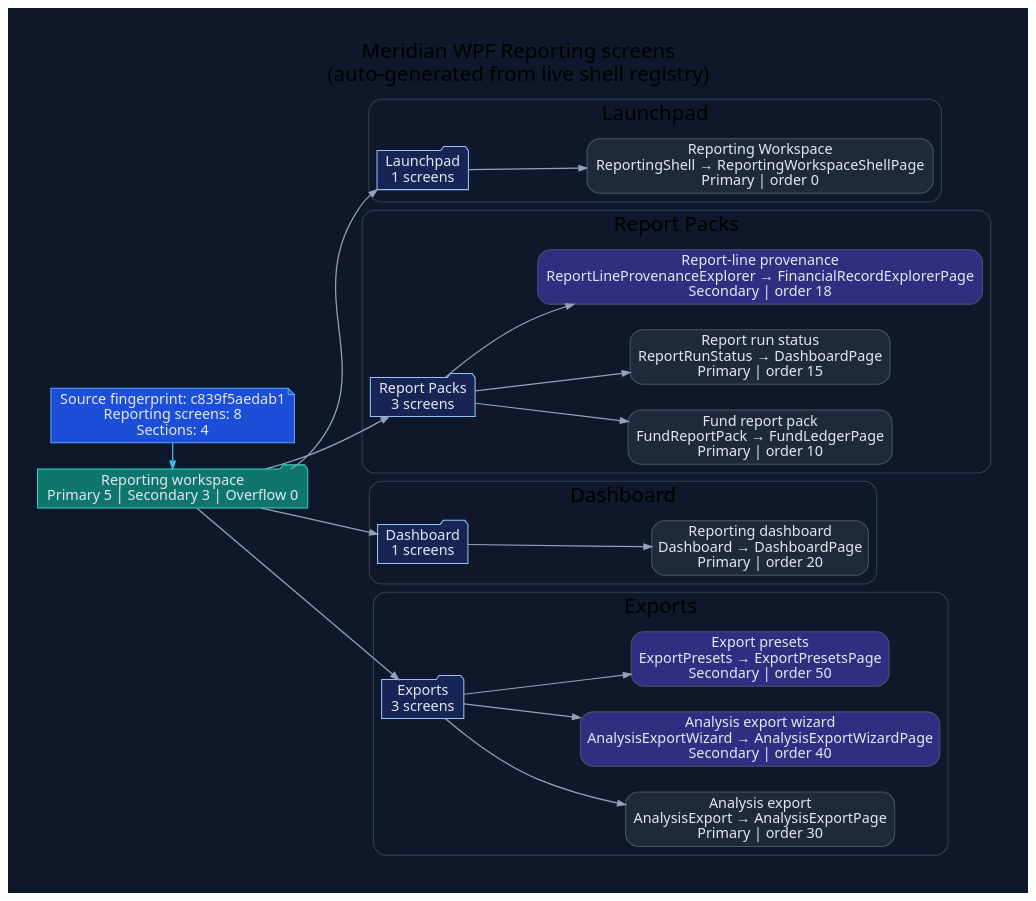
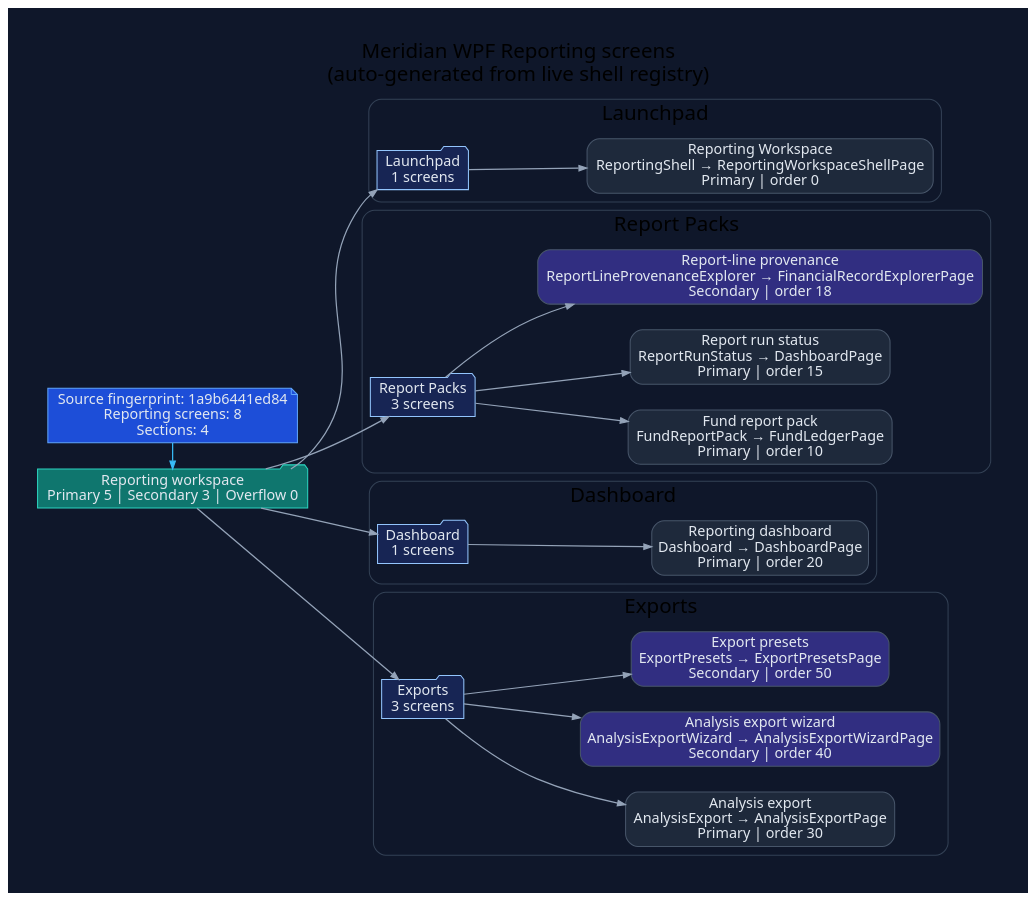
The diagram in docs/diagrams/ui/ui-wpf-screens-reporting.dot (rodoHasArrived/Meridian-main), drawn with Graphviz before and after one commit. The commit also changed 43 other files, not shown here.

First line of the commit message:
Regenerate WPF navigation diagrams for the current source fingerprint

```diff
--- a/docs/diagrams/ui/ui-wpf-screens-reporting.dot
+++ b/docs/diagrams/ui/ui-wpf-screens-reporting.dot
@@ -1,74 +1,74 @@
 // -----------------------------------------------------------------------------
 // <auto-generated>
 // Generated by scripts/generate-diagrams.mjs.
 // Do not edit this file directly; update the WPF source files instead.
 // -----------------------------------------------------------------------------
 digraph WpfReportingScreens {
   graph [
     rankdir=LR,
     labelloc=t,
     label="Meridian WPF Reporting screens\n(auto-generated from live shell registry)",
     fontname="Segoe UI",
     fontsize=20,
     pad=0.4,
     nodesep=0.35,
     ranksep=0.85,
     bgcolor="#0f172a"
   ];
   node [fontname="Segoe UI", shape=box, style="rounded,filled", color="#475569", fontcolor="#e2e8f0", fillcolor="#1e293b"];
   edge [fontname="Segoe UI", color="#94a3b8", penwidth=1.2, arrowsize=0.75];
 
-  generated [shape=note, fillcolor="#1d4ed8", color="#60a5fa", label="Source fingerprint: c839f5aedab1\nReporting screens: 8\nSections: 4"];
+  generated [shape=note, fillcolor="#1d4ed8", color="#60a5fa", label="Source fingerprint: 1a9b6441ed84\nReporting screens: 8\nSections: 4"];
   workspace [shape=folder, fillcolor="#0f766e", color="#2dd4bf", label="Reporting workspace\nPrimary 5 | Secondary 3 | Overflow 0"];
   generated -> workspace [color="#38bdf8"];
 
   subgraph cluster_section_1 {
     label="Launchpad";
     color="#334155";
     style="rounded";
     section_1 [shape=folder, fillcolor="#172554", color="#93c5fd", label="Launchpad\n1 screens"];
     workspace -> section_1;
     screen_ReportingShell [fillcolor="#1e293b", label="Reporting Workspace\nReportingShell → ReportingWorkspaceShellPage\nPrimary | order 0"];
     section_1 -> screen_ReportingShell;
   }
 
   subgraph cluster_section_2 {
     label="Report Packs";
     color="#334155";
     style="rounded";
     section_2 [shape=folder, fillcolor="#172554", color="#93c5fd", label="Report Packs\n3 screens"];
     workspace -> section_2;
     screen_FundReportPack [fillcolor="#1e293b", label="Fund report pack\nFundReportPack → FundLedgerPage\nPrimary | order 10"];
     section_2 -> screen_FundReportPack;
     screen_ReportRunStatus [fillcolor="#1e293b", label="Report run status\nReportRunStatus → DashboardPage\nPrimary | order 15"];
     section_2 -> screen_ReportRunStatus;
     screen_ReportLineProvenanceExplorer [fillcolor="#312e81", label="Report-line provenance\nReportLineProvenanceExplorer → FinancialRecordExplorerPage\nSecondary | order 18"];
     section_2 -> screen_ReportLineProvenanceExplorer;
   }
 
   subgraph cluster_section_3 {
     label="Dashboard";
     color="#334155";
     style="rounded";
     section_3 [shape=folder, fillcolor="#172554", color="#93c5fd", label="Dashboard\n1 screens"];
     workspace -> section_3;
     screen_Dashboard [fillcolor="#1e293b", label="Reporting dashboard\nDashboard → DashboardPage\nPrimary | order 20"];
     section_3 -> screen_Dashboard;
   }
 
   subgraph cluster_section_4 {
     label="Exports";
     color="#334155";
     style="rounded";
     section_4 [shape=folder, fillcolor="#172554", color="#93c5fd", label="Exports\n3 screens"];
     workspace -> section_4;
     screen_AnalysisExport [fillcolor="#1e293b", label="Analysis export\nAnalysisExport → AnalysisExportPage\nPrimary | order 30"];
     section_4 -> screen_AnalysisExport;
     screen_AnalysisExportWizard [fillcolor="#312e81", label="Analysis export wizard\nAnalysisExportWizard → AnalysisExportWizardPage\nSecondary | order 40"];
     section_4 -> screen_AnalysisExportWizard;
     screen_ExportPresets [fillcolor="#312e81", label="Export presets\nExportPresets → ExportPresetsPage\nSecondary | order 50"];
     section_4 -> screen_ExportPresets;
   }
 
   { rank=min; generated; workspace; }
 }
```
